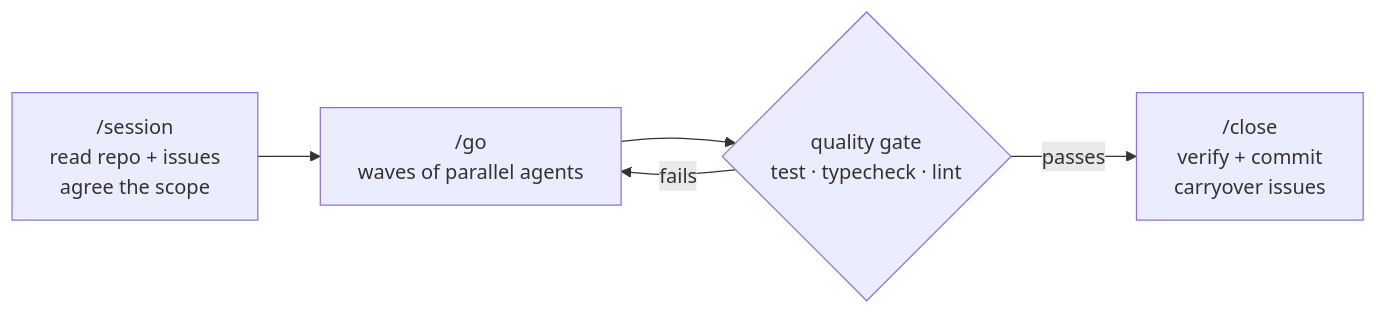
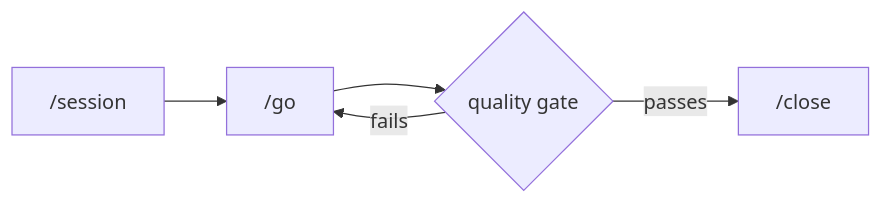
Before and after one commit to Kanevry/session-orchestrator: the diagram in README.md, drawn with Mermaid.

Commit message:
docs(readme): keep the flow diagram narrow enough to clear GitHub's controls
Measured, not guessed. GitHub renders mermaid in a sandboxed iframe and
anchors its pan/zoom buttons to that iframe's right edge, so a diagram wider
than the container always runs under them. Mermaid only scales a flowchart up
to its natural width, so the fix is a narrower natural width:

  4 nodes, 3-line labels   997px natural -> fills 838px container -> clipped
  4 nodes, 2-line labels   905px natural -> fills 838px container -> clipped
  4 nodes, 1-line labels   690px natural -> clears the button zone

flowchart TD was the other candidate at 294px wide, but 726px tall with an
oversized decision diamond.

No fact leaves the README: what each command does is in the three bullets
above the diagram, and "test · typecheck · lint" is in the /go bullet and in
the Session Config block.

````diff
--- a/README.md
+++ b/README.md
@@ -19,7 +19,7 @@
 ```mermaid
 flowchart LR
-    S["/session<br>read repo + issues<br>agree the scope"] --> G["/go<br>waves of parallel agents"]
-    G --> Q{"quality gate<br>test · typecheck · lint"}
+    S["/session"] --> G["/go"]
+    G --> Q{"quality gate"}
     Q -- "fails" --> G
-    Q -- "passes" --> C["/close<br>verify + commit<br>carryover issues"]
+    Q -- "passes" --> C["/close"]
 ```
````
